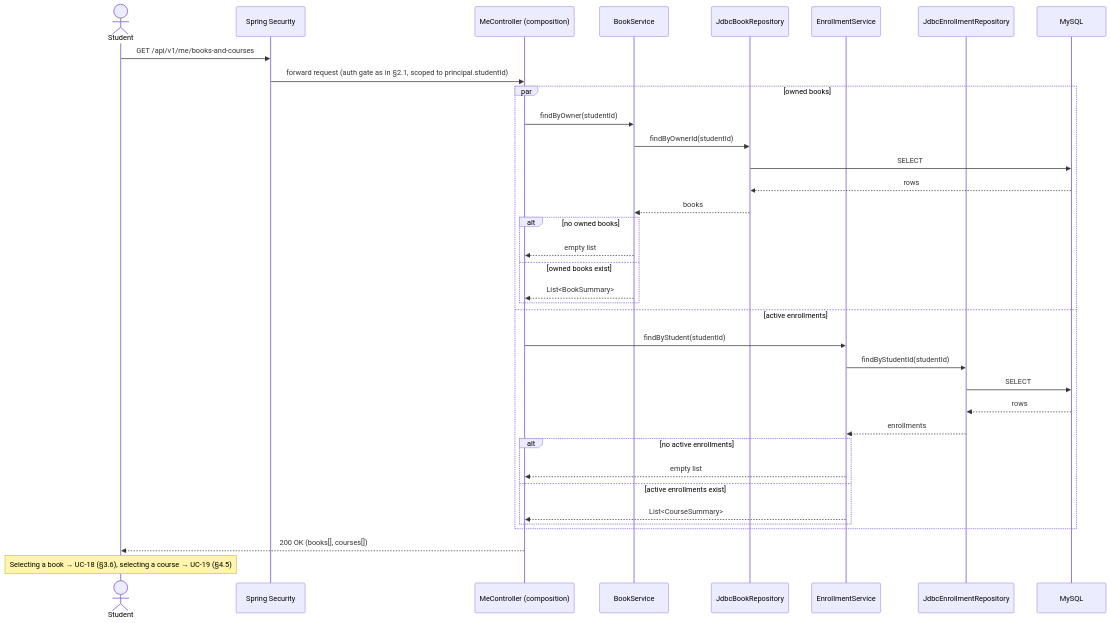
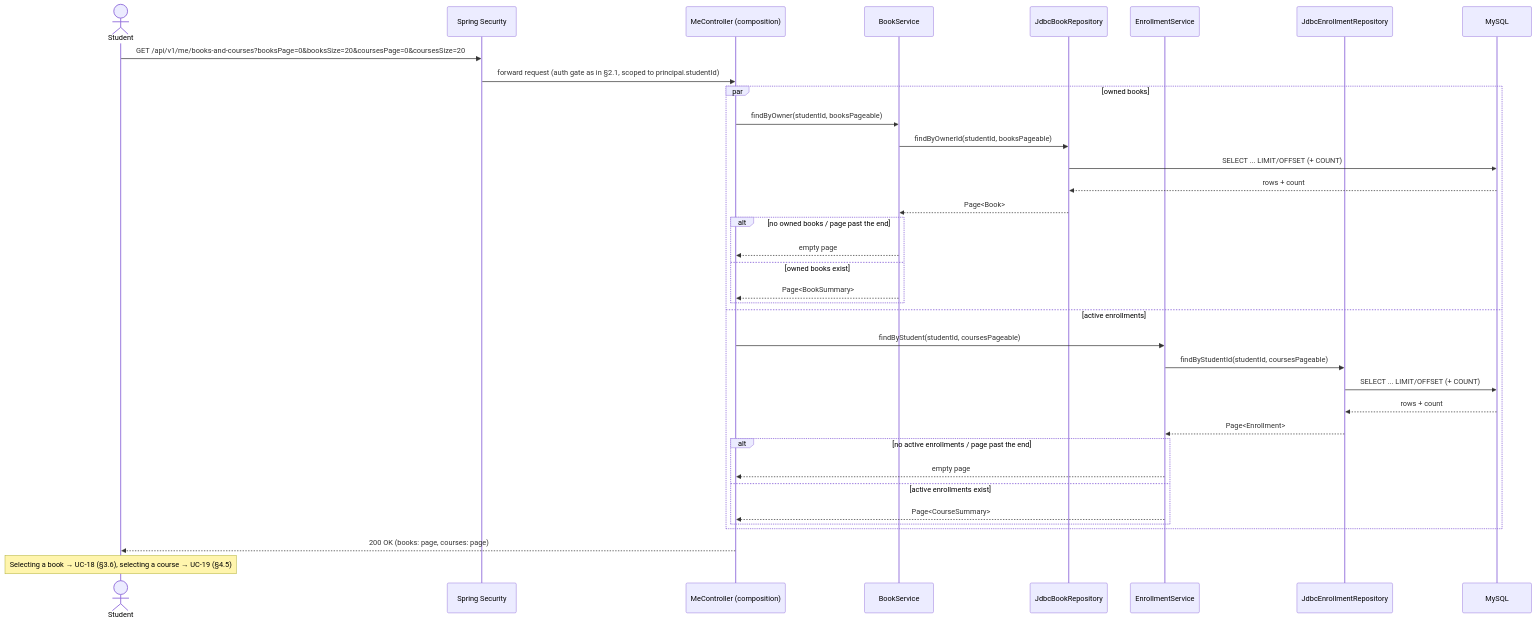
Diagram 22 of 22 in docs/SA-docs/03-sequence-diagrams.md (phuchoang2005/Student-Management-System), drawn with Mermaid before and after one commit. The commit also changed other lines of this file and 20 other files, not shown here.

````diff
--- a/docs/SA-docs/03-sequence-diagrams.md
+++ b/docs/SA-docs/03-sequence-diagrams.md
@@ -814,39 +814,39 @@
 ```mermaid
 sequenceDiagram
     actor Student
     participant Sec as Spring Security
     participant Ctrl as MeController (composition)
     participant BookSvc as BookService
     participant BookRepo as JdbcBookRepository
     participant EnrollSvc as EnrollmentService
     participant EnrollRepo as JdbcEnrollmentRepository
     participant DB as MySQL
 
-    Student->>Sec: GET /api/v1/me/books-and-courses
+    Student->>Sec: GET /api/v1/me/books-and-courses?booksPage=0&booksSize=20&coursesPage=0&coursesSize=20
     Sec->>Ctrl: forward request (auth gate as in §2.1, scoped to principal.studentId)
     par owned books
-        Ctrl->>BookSvc: findByOwner(studentId)
-        BookSvc->>BookRepo: findByOwnerId(studentId)
-        BookRepo->>DB: SELECT
-        DB-->>BookRepo: rows
-        BookRepo-->>BookSvc: books
-        alt no owned books
-            BookSvc-->>Ctrl: empty list
+        Ctrl->>BookSvc: findByOwner(studentId, booksPageable)
+        BookSvc->>BookRepo: findByOwnerId(studentId, booksPageable)
+        BookRepo->>DB: SELECT ... LIMIT/OFFSET (+ COUNT)
+        DB-->>BookRepo: rows + count
+        BookRepo-->>BookSvc: Page<Book>
+        alt no owned books / page past the end
+            BookSvc-->>Ctrl: empty page
         else owned books exist
-            BookSvc-->>Ctrl: List<BookSummary>
+            BookSvc-->>Ctrl: Page<BookSummary>
         end
     and active enrollments
-        Ctrl->>EnrollSvc: findByStudent(studentId)
-        EnrollSvc->>EnrollRepo: findByStudentId(studentId)
-        EnrollRepo->>DB: SELECT
-        DB-->>EnrollRepo: rows
-        EnrollRepo-->>EnrollSvc: enrollments
-        alt no active enrollments
-            EnrollSvc-->>Ctrl: empty list
+        Ctrl->>EnrollSvc: findByStudent(studentId, coursesPageable)
+        EnrollSvc->>EnrollRepo: findByStudentId(studentId, coursesPageable)
+        EnrollRepo->>DB: SELECT ... LIMIT/OFFSET (+ COUNT)
+        DB-->>EnrollRepo: rows + count
+        EnrollRepo-->>EnrollSvc: Page<Enrollment>
+        alt no active enrollments / page past the end
+            EnrollSvc-->>Ctrl: empty page
         else active enrollments exist
-            EnrollSvc-->>Ctrl: List<CourseSummary>
+            EnrollSvc-->>Ctrl: Page<CourseSummary>
         end
     end
-    Ctrl-->>Student: 200 OK (books[], courses[])
+    Ctrl-->>Student: 200 OK (books: page, courses: page)
     Note over Student: Selecting a book → UC-18 (§3.6), selecting a course → UC-19 (§4.5)
 ```
````
